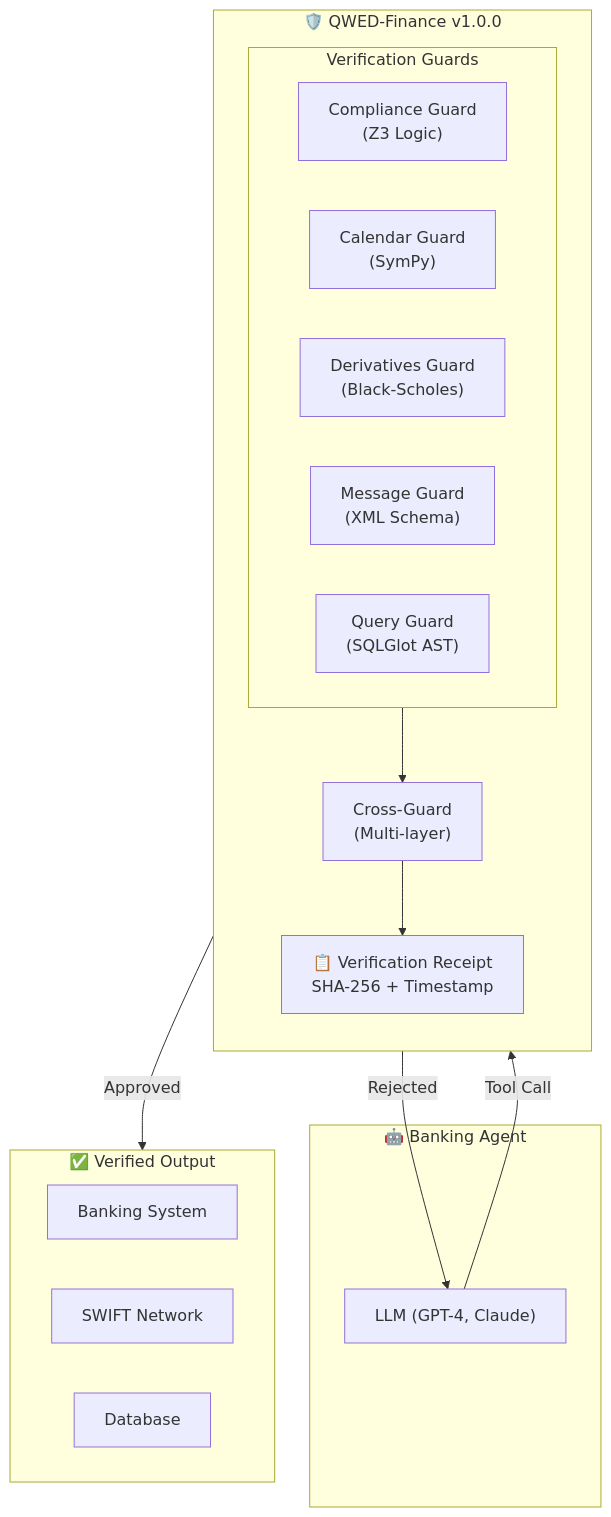
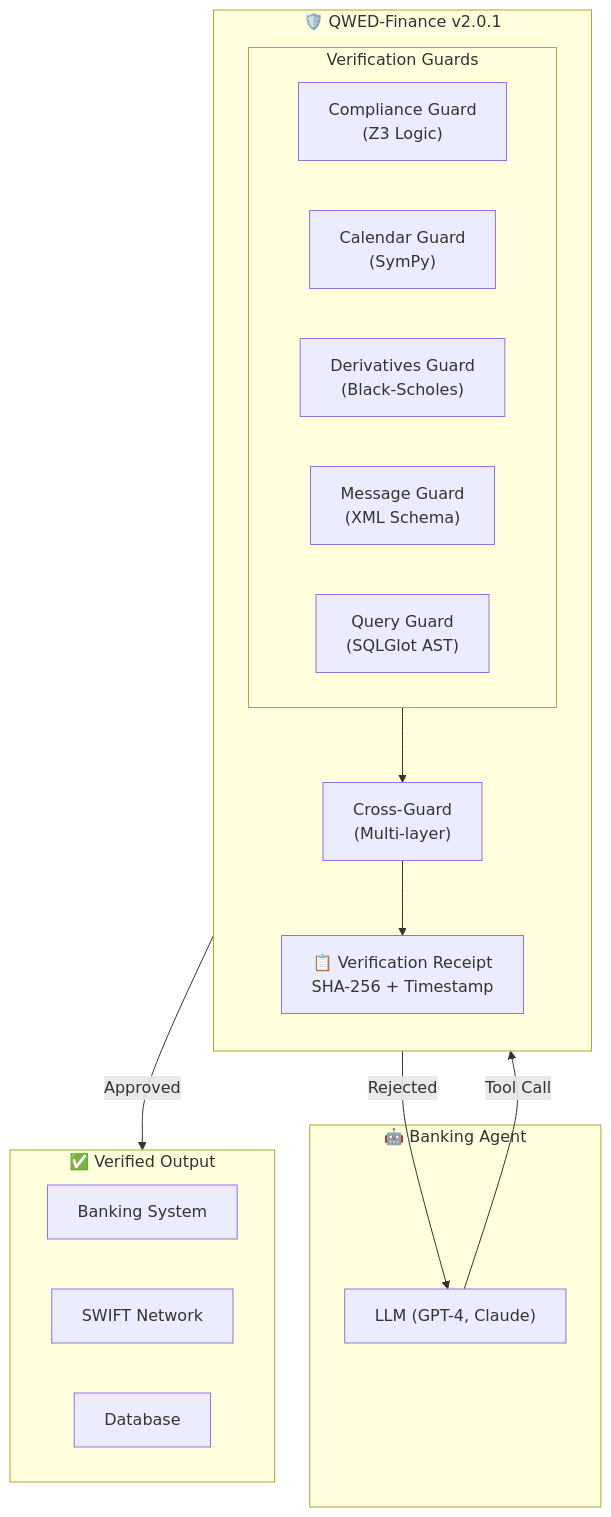
One commit to QWED-AI/docs changed the first of 4 diagrams in finance/overview.mdx. Above: the diagram before and after it, drawn with Mermaid. The commit also changed other lines of this file and 144 other files, not shown here.

````diff
--- a/finance/overview.mdx
+++ b/finance/overview.mdx
@@ -66,31 +66,31 @@
 ```mermaid
 flowchart TB
     subgraph Agent["🤖 Banking Agent"]
         LLM["LLM (GPT-4, Claude)"]
     end
     
-    subgraph QWED["🛡️ QWED-Finance v1.0.0"]
+    subgraph QWED["🛡️ QWED-Finance v2.0.1"]
         direction TB
         subgraph Guards["Verification Guards"]
             CG["Compliance Guard<br/>(Z3 Logic)"]
             CAL["Calendar Guard<br/>(SymPy)"]
             DG["Derivatives Guard<br/>(Black-Scholes)"]
             MG["Message Guard<br/>(XML Schema)"]
             QG["Query Guard<br/>(SQLGlot AST)"]
         end
         XG["Cross-Guard<br/>(Multi-layer)"]
         Receipt["📋 Verification Receipt<br/>SHA-256 + Timestamp"]
     end
     
     subgraph Output["✅ Verified Output"]
         Bank["Banking System"]
         SWIFT["SWIFT Network"]
         DB["Database"]
     end
     
     LLM -->|"Tool Call"| Guards
     Guards --> XG
     XG --> Receipt
     Receipt -->|"Approved"| Output
     Receipt -->|"Rejected"| LLM
 ```
````
